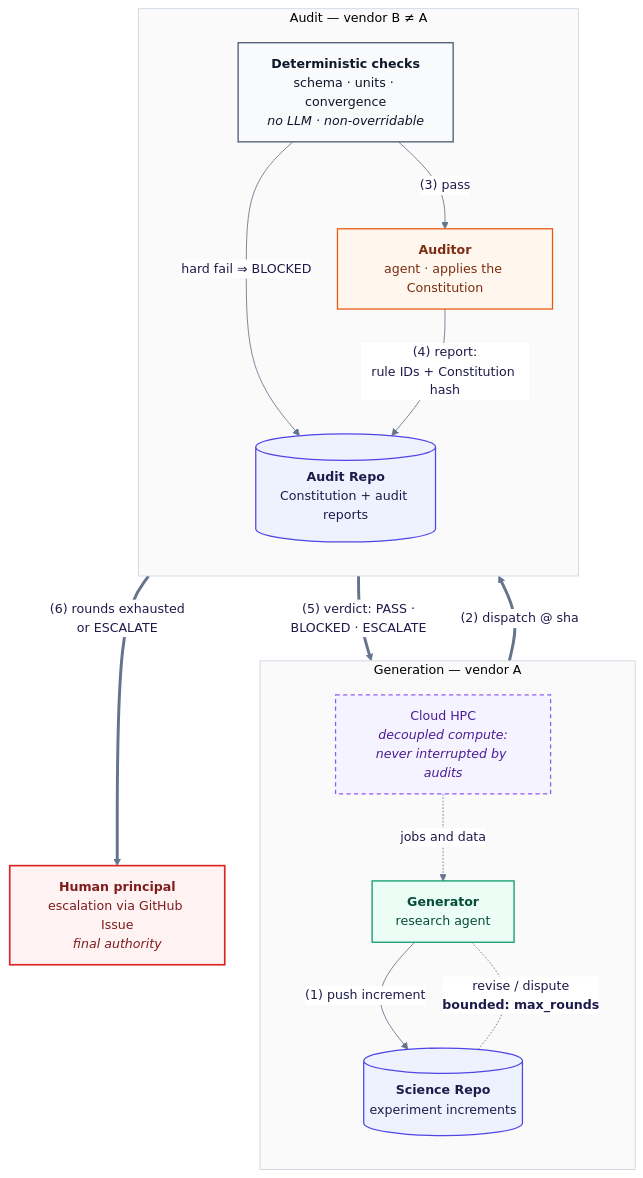
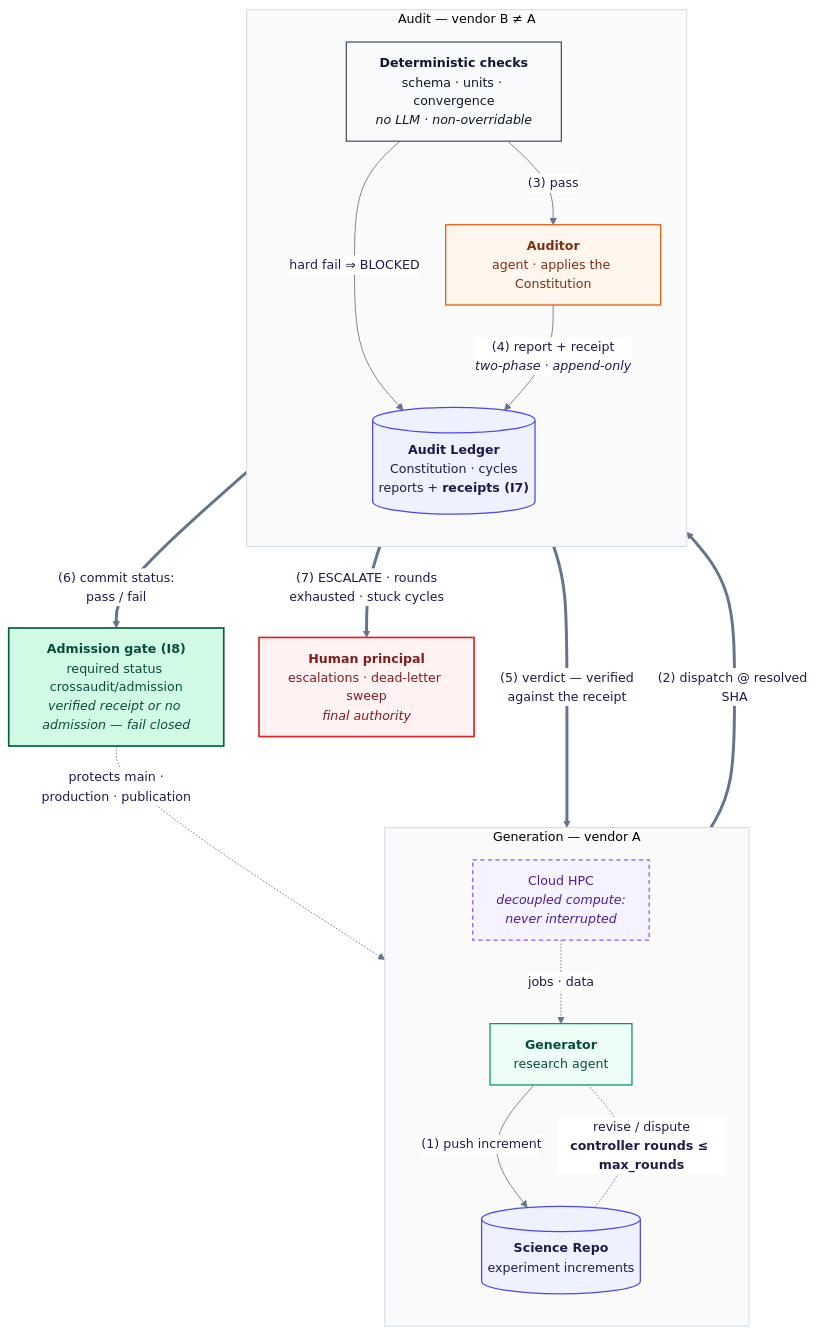
One commit to dongzhaohe321418-lab/crossaudit changed the diagram in diagrams/architecture.mmd. Above: the diagram before and after it, drawn with Mermaid. The commit also changed 5 other files, not shown here.

Commit message:
Figures redesigned: paper TikZ figure and Mermaid diagram upgraded to R2 semantics (receipts I7, fail-closed admission gate I8, dead-letter escalation), shadows + numbered steps 1-7, overlap-free; WeChat diagram updated

```diff
--- a/diagrams/architecture.mmd
+++ b/diagrams/architecture.mmd
@@ -1,44 +1,48 @@
 %%{init: {"theme": "base", "themeVariables": {
   "fontFamily": "Helvetica, Arial, sans-serif",
   "fontSize": "15px",
   "primaryColor": "#EEF2FF",
   "primaryBorderColor": "#4F46E5",
   "primaryTextColor": "#1E1B4B",
   "lineColor": "#64748B",
   "edgeLabelBackground": "#FFFFFF",
   "clusterBkg": "#FAFAFA",
   "clusterBorder": "#CBD5E1"
-}, "flowchart": {"curve": "basis", "padding": 14, "nodeSpacing": 42, "rankSpacing": 56}}}%%
+}, "flowchart": {"curve": "basis", "padding": 14, "nodeSpacing": 42, "rankSpacing": 52}}}%%
 flowchart TB
     classDef repo fill:#EEF2FF,stroke:#4F46E5,stroke-width:1.5px,color:#1E1B4B
     classDef agentA fill:#ECFDF5,stroke:#059669,stroke-width:1.5px,color:#064E3B
     classDef agentB fill:#FFF7ED,stroke:#EA580C,stroke-width:1.5px,color:#7C2D12
     classDef det fill:#F8FAFC,stroke:#475569,stroke-width:1.5px,color:#0F172A
     classDef human fill:#FEF2F2,stroke:#DC2626,stroke-width:2px,color:#7F1D1D
     classDef compute fill:#F5F3FF,stroke:#8B5CF6,stroke-width:1.5px,stroke-dasharray:5 4,color:#4C1D95
+    classDef gate fill:#D1FAE5,stroke:#065F46,stroke-width:2px,color:#064E3B
 
     subgraph SCI["  Generation — vendor A  "]
         direction TB
-        HPC["Cloud HPC<br/><i>decoupled compute:<br/>never interrupted by audits</i>"]:::compute
+        HPC["Cloud HPC<br/><i>decoupled compute:<br/>never interrupted</i>"]:::compute
         G["<b>Generator</b><br/>research agent"]:::agentA
         S[("<b>Science Repo</b><br/>experiment increments")]:::repo
-        HPC -. "jobs and data" .-> G
+        HPC -. "jobs · data" .-> G
         G -- "(1) push increment" --> S
-        S -. "revise / dispute<br/><b>bounded: max_rounds</b>" .- G
+        S -. "revise / dispute<br/><b>controller rounds ≤ max_rounds</b>" .- G
     end
 
     subgraph AUD["  Audit — vendor B ≠ A  "]
         direction TB
         D["<b>Deterministic checks</b><br/>schema · units · convergence<br/><i>no LLM · non-overridable</i>"]:::det
         A["<b>Auditor</b><br/>agent · applies the Constitution"]:::agentB
-        R[("<b>Audit Repo</b><br/>Constitution + audit reports")]:::repo
+        R[("<b>Audit Ledger</b><br/>Constitution · cycles<br/>reports + <b>receipts (I7)</b>")]:::repo
         D -- "(3) pass" --> A
         D -- "hard fail ⇒ BLOCKED" --> R
-        A -- "(4) report:<br/>rule IDs + Constitution hash" --> R
+        A -- "(4) report + receipt<br/><i>two-phase · append-only</i>" --> R
     end
 
-    H["<b>Human principal</b><br/>escalation via GitHub Issue<br/><i>final authority</i>"]:::human
+    GATE["<b>Admission gate (I8)</b><br/>required status crossaudit/admission<br/><i>verified receipt or no admission — fail closed</i>"]:::gate
+    H["<b>Human principal</b><br/>escalations · dead-letter sweep<br/><i>final authority</i>"]:::human
 
-    S == "(2) dispatch @ sha" ==> D
-    R == "(5) verdict: PASS ·<br/>BLOCKED · ESCALATE" ==> G
-    R == "(6) rounds exhausted<br/>or ESCALATE" ==> H
+    S == "(2) dispatch @ resolved SHA" ==> D
+    R == "(5) verdict — verified<br/>against the receipt" ==> G
+    R == "(6) commit status:<br/>pass / fail" ==> GATE
+    GATE -. "protects main ·<br/>production · publication" .-> S
+    R == "(7) ESCALATE · rounds<br/>exhausted · stuck cycles" ==> H
```
